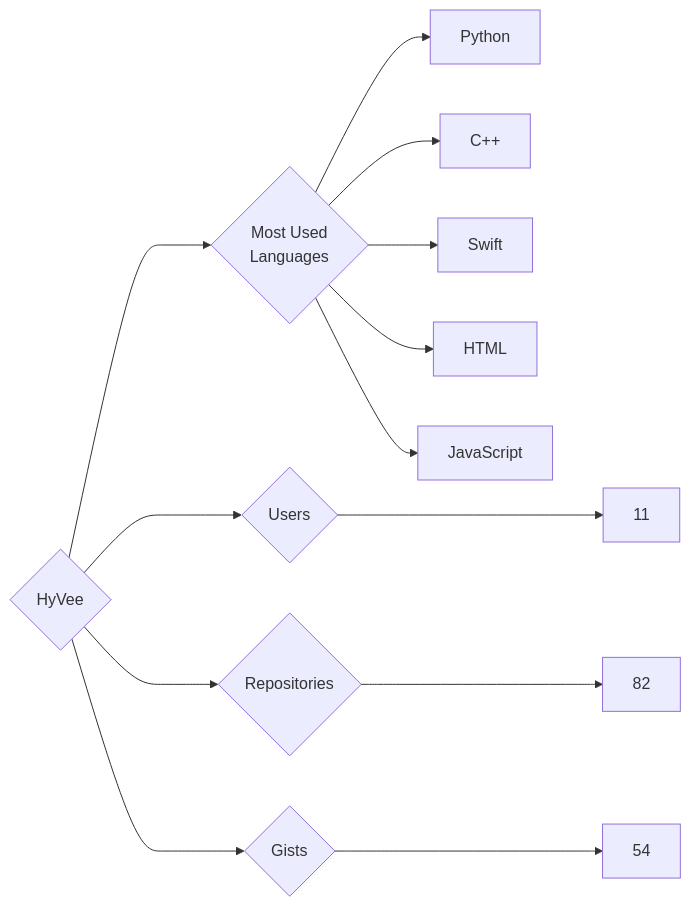
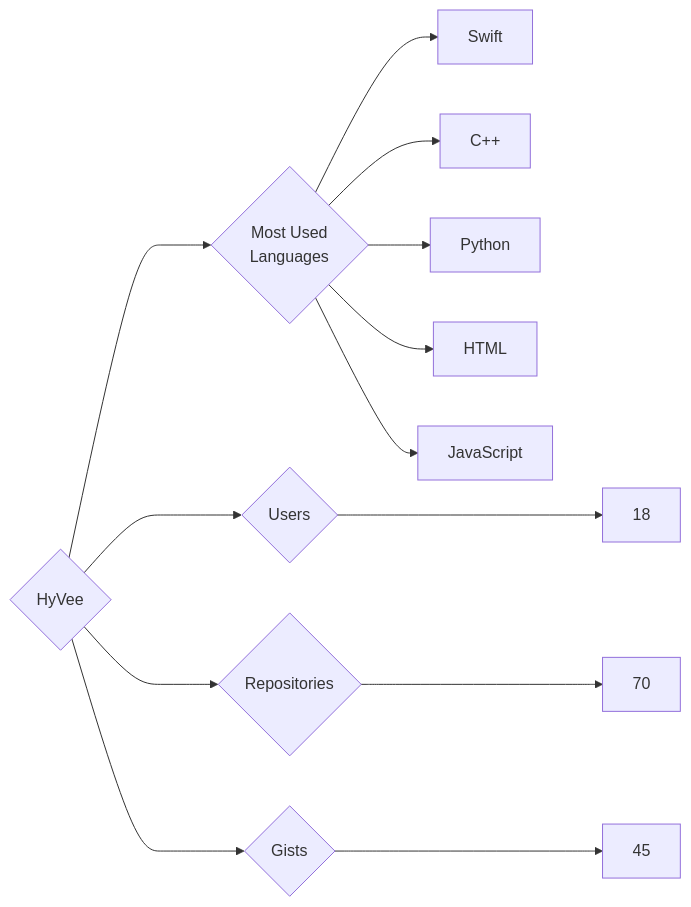
One commit to trickest/insiders changed the diagram in targets/HyVee/README.md. Above: the diagram before and after it, drawn with Mermaid. The commit also changed 594 other files, not shown here.

````diff
--- a/targets/HyVee/README.md
+++ b/targets/HyVee/README.md
@@ -3,13 +3,13 @@
 ```mermaid
 graph LR
 COMPANY_NAME{HyVee}
-COMPANY_NAME ---> U{Users} ---> UN[11]
-COMPANY_NAME ---> R{Repositories} ---> RN[82]
-COMPANY_NAME ---> G{Gists} ---> GN[54]
+COMPANY_NAME ---> U{Users} ---> UN[18]
+COMPANY_NAME ---> R{Repositories} ---> RN[70]
+COMPANY_NAME ---> G{Gists} ---> GN[45]
 COMPANY_NAME ---> ML{Most Used<br>Languages}
+ML --> Swift[Swift]
+ML --> C++[C++]
 ML --> Python[Python]
-ML --> C++[C++]
-ML --> Swift[Swift]
 ML --> HTML[HTML]
 ML --> JavaScript[JavaScript]
 ```
````
